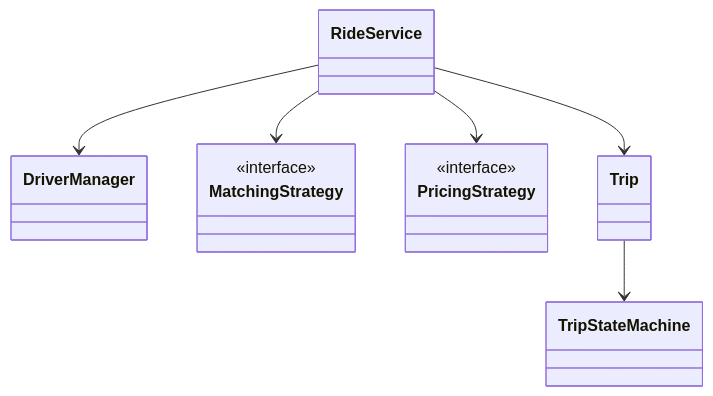
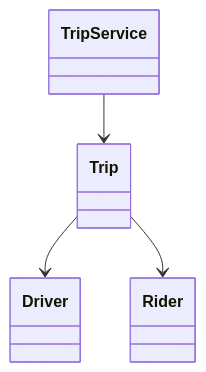
The diagram in low-level-design/ride-hailing-uber.md (Anilinfo2015/anilinfo2015.github.io), drawn with Mermaid before and after one commit. The commit also changed other lines of this file and 58 other files, not shown here.

````diff
--- a/low-level-design/ride-hailing-uber.md
+++ b/low-level-design/ride-hailing-uber.md
@@ -60,18 +25,10 @@
 ```mermaid
 classDiagram
-    class RideService
-    class DriverManager
-    class MatchingStrategy {
-        <<interface>>
-    }
-    class PricingStrategy {
-        <<interface>>
-    }
+    class TripService
     class Trip
-    class TripStateMachine
-    RideService --> DriverManager
-    RideService --> MatchingStrategy
-    RideService --> PricingStrategy
-    RideService --> Trip
-    Trip --> TripStateMachine
+    class Driver
+    class Rider
+    TripService --> Trip
+    Trip --> Driver
+    Trip --> Rider
 ```
````
